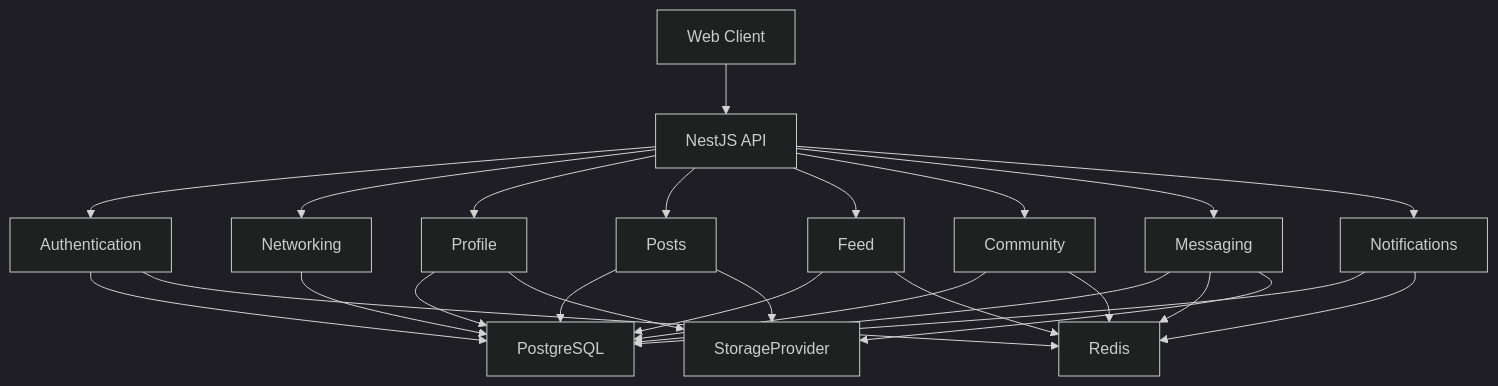
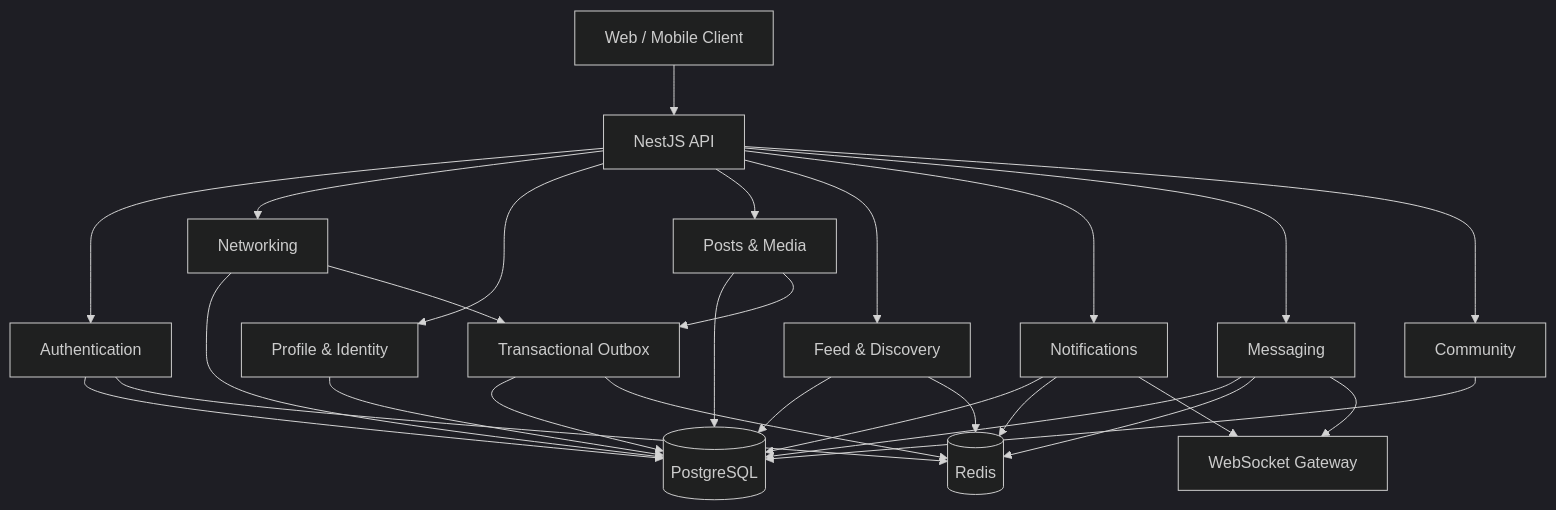
One commit to Dhanas3kar/Hakiku changed the first of 5 diagrams in README.md. Above: the diagram before and after it, drawn with Mermaid (dark theme). The commit also changed other lines of this file, not shown here.

````diff
--- a/README.md
+++ b/README.md
@@ -78,32 +211,53 @@
 ```mermaid
 flowchart TB
-    Client["Web Client"] --> API["NestJS API"]
+    CLIENT["Web / Mobile Client"]
 
-    API --> Auth["Authentication"]
-    API --> Network["Networking"]
-    API --> Profile["Profile"]
-    API --> Posts["Posts"]
-    API --> Feed["Feed"]
-    API --> Community["Community"]
-    API --> Messaging["Messaging"]
-    API --> Notifications["Notifications"]
+    API["NestJS API"]
 
-    Auth --> DB["PostgreSQL"]
-    Network --> DB
-    Profile --> DB
-    Posts --> DB
-    Feed --> DB
-    Community --> DB
-    Messaging --> DB
-    Notifications --> DB
+    AUTH["Authentication"]
+    NETWORK["Networking"]
+    PROFILE["Profile & Identity"]
+    POSTS["Posts & Media"]
+    FEED["Feed & Discovery"]
+    NOTIFY["Notifications"]
+    MESSAGE["Messaging"]
+    COMMUNITY["Community"]
 
-    Auth --> Redis["Redis"]
-    Feed --> Redis
-    Community --> Redis
-    Notifications --> Redis
-    Messaging --> Redis
+    DB[("PostgreSQL")]
+    REDIS[("Redis")]
+    WS["WebSocket Gateway"]
+    OUTBOX["Transactional Outbox"]
 
-    Profile --> Storage["StorageProvider"]
-    Posts --> Storage
-    Messaging --> Storage
+    CLIENT --> API
+
+    API --> AUTH
+    API --> NETWORK
+    API --> PROFILE
+    API --> POSTS
+    API --> FEED
+    API --> NOTIFY
+    API --> MESSAGE
+    API --> COMMUNITY
+
+    AUTH --> DB
+    NETWORK --> DB
+    PROFILE --> DB
+    POSTS --> DB
+    FEED --> DB
+    NOTIFY --> DB
+    MESSAGE --> DB
+    COMMUNITY --> DB
+
+    AUTH --> REDIS
+    FEED --> REDIS
+    NOTIFY --> REDIS
+    MESSAGE --> REDIS
+
+    NETWORK --> OUTBOX
+    POSTS --> OUTBOX
+    OUTBOX --> DB
+    OUTBOX --> REDIS
+
+    MESSAGE --> WS
+    NOTIFY --> WS
 ```
````
